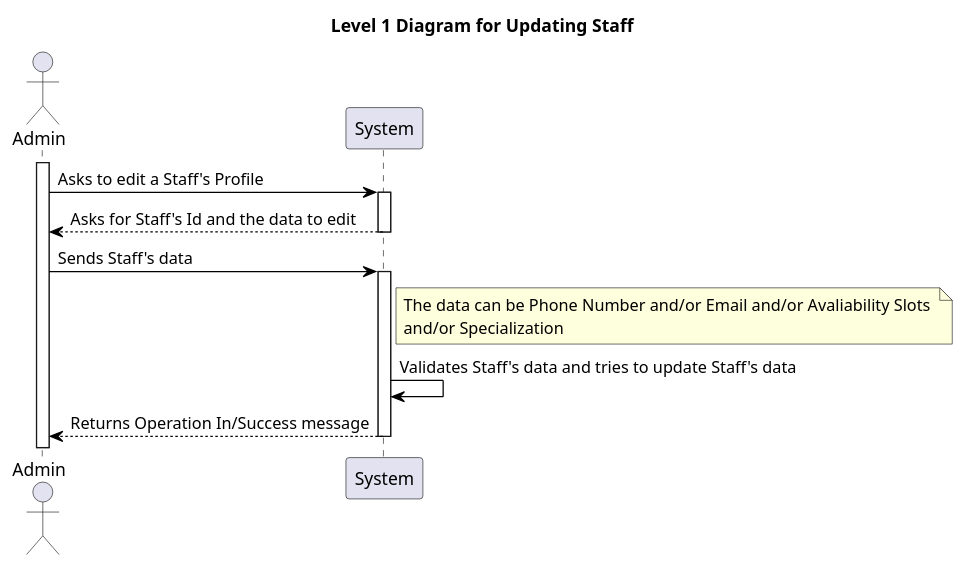
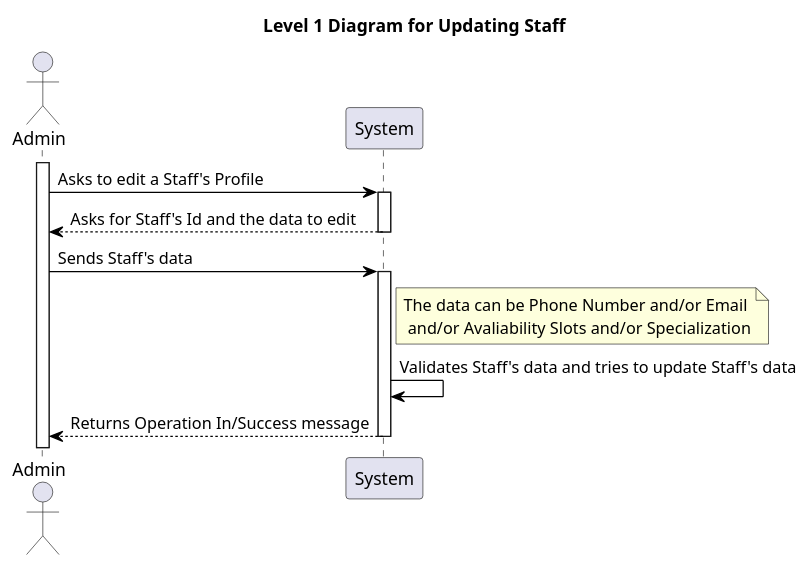
One commit to vscosousa/LAPR5_3DC_G15 changed the diagram in docs/sprint_A/us_5.1.13/level_1/puml/level_1.puml. Above: the diagram before and after it, drawn with PlantUML. The commit also changed 10 other files, not shown here.

```diff
--- a/docs/sprint_A/us_5.1.13/level_1/puml/level_1.puml
+++ b/docs/sprint_A/us_5.1.13/level_1/puml/level_1.puml
@@ -1,34 +1,34 @@
 @startuml level_1
 
 title Level 1 Diagram for Updating Staff
 
 hide empty members
 'skinparam Linetype ortho
 
 skinparam class {
     BackgroundColor<<valueObject>> #D6EAF8
     BackgroundColor<<root>> #FDEBD0
     BackgroundColor<<service>> #D1F2EB
     BackgroundColor #FEF9E7
     ArrowColor Black
 }
 
 skinparam package {
     BackgroundColor #EBF5FB
 }
 
 actor Admin as A
 
 activate A
 A -> System: Asks to edit a Staff's Profile
 activate System
 System --> A: Asks for Staff's Id and the data to edit
 deactivate System
 A -> System: Sends Staff's data
-note right of System: The data can be Phone Number and/or Email and/or Avaliability Slots \nand/or Specialization
+note right of System: The data can be Phone Number and/or Email\n and/or Avaliability Slots and/or Specialization
 activate System
 System -> System: Validates Staff's data and tries to update Staff's data
 System --> A: Returns Operation In/Success message
 deactivate System
 
 @enduml
```
